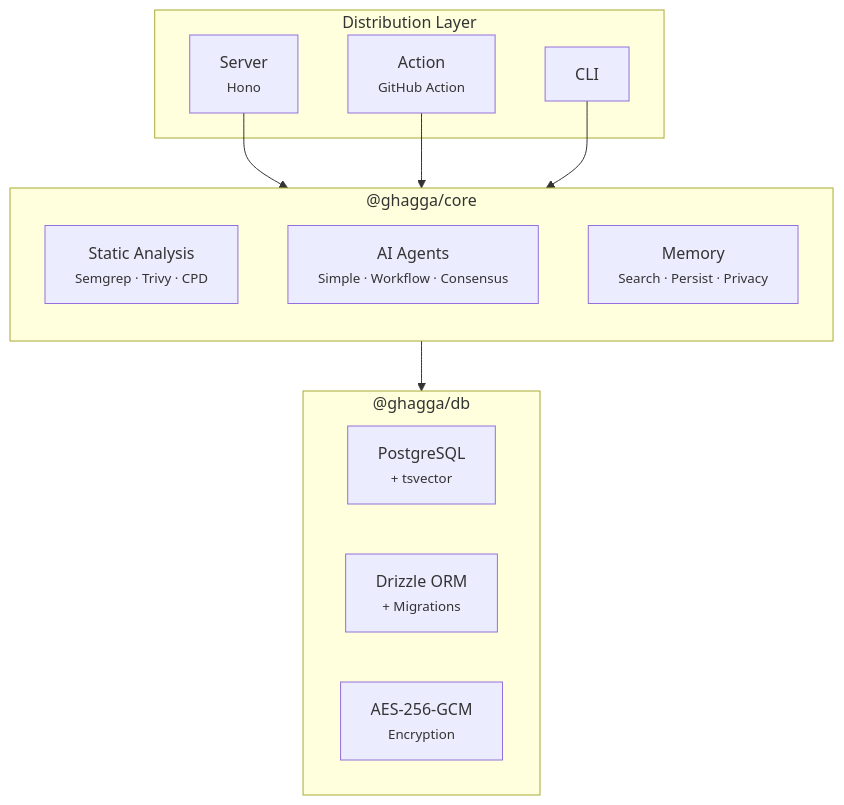
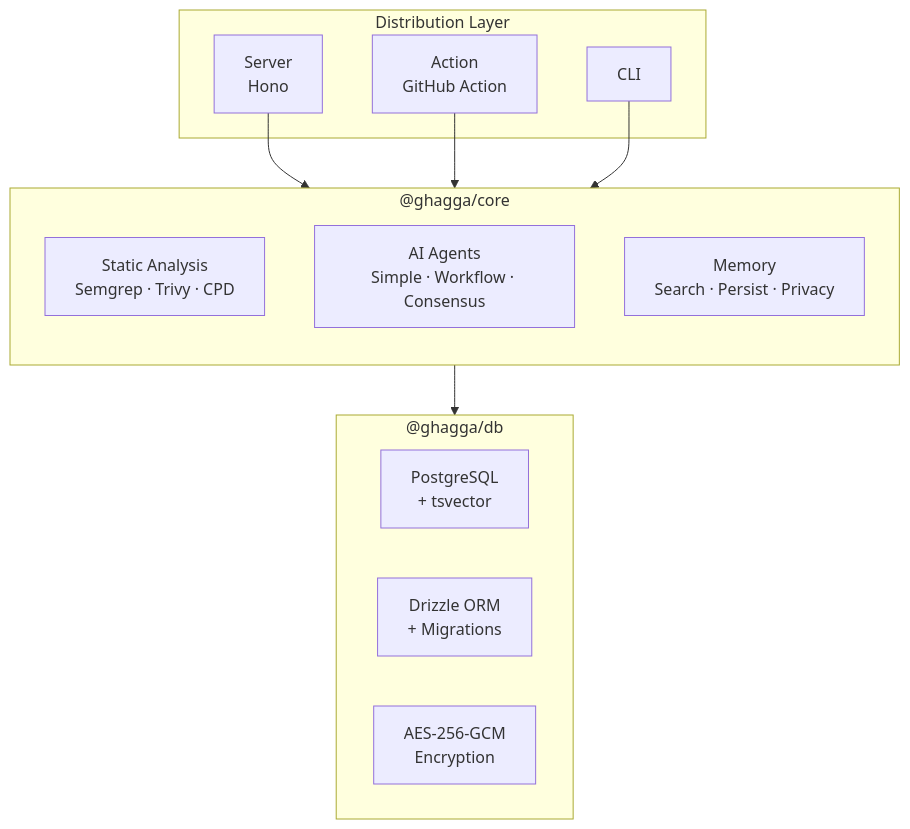
One commit to actions-marketplace-validations/JNZader_ghagga changed the diagram in docs/architecture.md. Above: the diagram before and after it, drawn with Mermaid. The commit also changed 7 other files, not shown here.

First line of the commit message:
fix(docs): remove <small> tags from Mermaid diagrams

````diff
--- a/docs/architecture.md
+++ b/docs/architecture.md
@@ -7,26 +7,26 @@
 ```mermaid
 graph TB
   subgraph Distribution["Distribution Layer"]
-    Server["Server<br/><small>Hono</small>"]
-    Action["Action<br/><small>GitHub Action</small>"]
+    Server["Server<br/>Hono"]
+    Action["Action<br/>GitHub Action"]
     CLI["CLI"]
   end
 
   subgraph Core["@ghagga/core"]
     direction TB
-    SA["Static Analysis<br/><small>Semgrep · Trivy · CPD</small>"]
-    Agents["AI Agents<br/><small>Simple · Workflow · Consensus</small>"]
-    Memory["Memory<br/><small>Search · Persist · Privacy</small>"]
+    SA["Static Analysis<br/>Semgrep · Trivy · CPD"]
+    Agents["AI Agents<br/>Simple · Workflow · Consensus"]
+    Memory["Memory<br/>Search · Persist · Privacy"]
   end
 
   subgraph DB["@ghagga/db"]
-    PG["PostgreSQL<br/><small>+ tsvector</small>"]
-    Drizzle["Drizzle ORM<br/><small>+ Migrations</small>"]
-    Crypto["AES-256-GCM<br/><small>Encryption</small>"]
+    PG["PostgreSQL<br/>+ tsvector"]
+    Drizzle["Drizzle ORM<br/>+ Migrations"]
+    Crypto["AES-256-GCM<br/>Encryption"]
   end
 
   Server --> Core
   Action --> Core
   CLI --> Core
   Core --> DB
 ```
````
